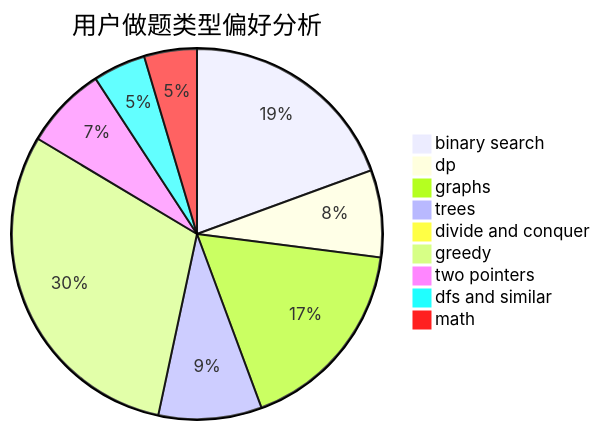
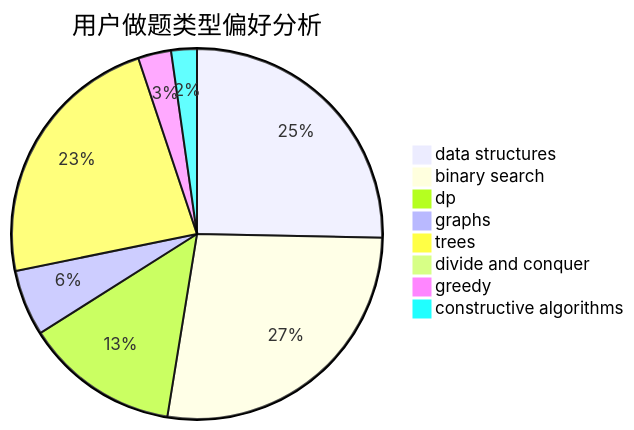
Before and after one commit to sherpahu/cfrs.github.io: the second of 3 diagrams in docs/user/u1036.md, drawn with Mermaid. The commit also changed other lines of this file and 2775 other files, not shown here.

````diff
--- a/docs/user/u1036.md
+++ b/docs/user/u1036.md
@@ -23,12 +23,11 @@
 ```mermaid
 pie title 用户做题类型偏好分析
-    "binary search" :  194
-    "dp" :  76
-    "graphs" :  173
-    "trees" :  90
+    "data structures" :  79
+    "binary search" :  85
+    "dp" :  42
+    "graphs" :  18
+    "trees" :  72
     "divide and conquer" :  0
-    "greedy" :  302
-    "two pointers" :  72
-    "dfs and similar" :  46
-    "math" :  46
+    "greedy" :  9
+    "constructive algorithms" :  7
 ```
````
